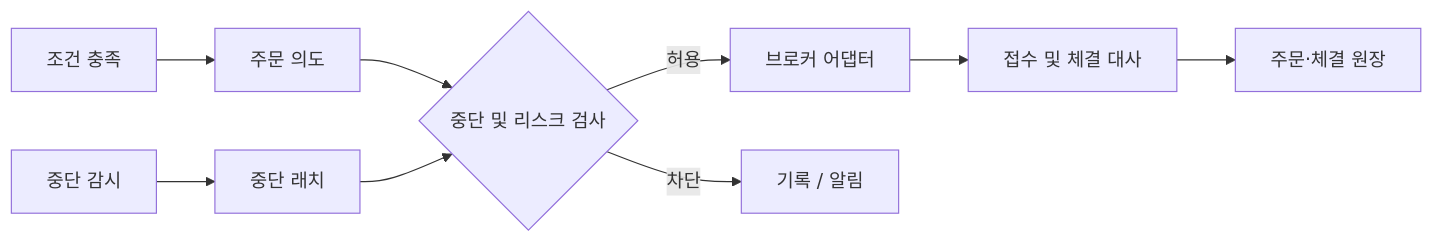
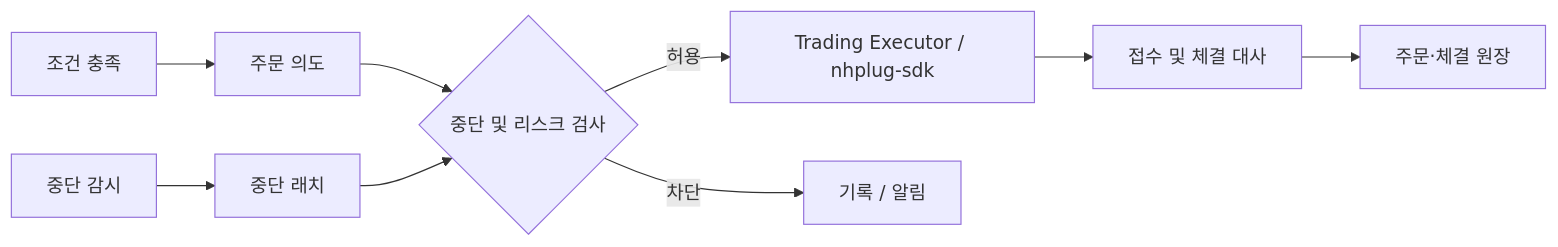
The sixth of 6 diagrams in docs/function/trading-workflow.md (ELSAPHABA/Auto-Axe), drawn with Mermaid before and after one commit. The commit also changed other lines of this file, not shown here.

Commit message:
docs: synchronize trading execution specifications with nhplug-sdk

````diff
--- a/docs/function/trading-workflow.md
+++ b/docs/function/trading-workflow.md
@@ -251,11 +251,11 @@
 ```mermaid
 flowchart LR
   T[조건 충족] --> I[주문 의도]
   I --> V{중단 및 리스크 검사}
-  V -->|허용| B[브로커 어댑터]
+  V -->|허용| B[Trading Executor / nhplug-sdk]
   V -->|차단| N[기록 / 알림]
   B --> A[접수 및 체결 대사]
   S[중단 감시] --> K[중단 래치]
   K --> V
   A --> L[주문·체결 원장]
 ```
````
